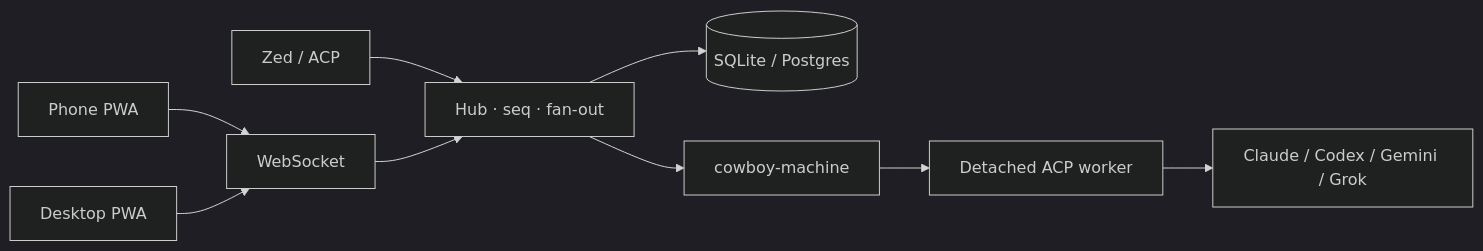
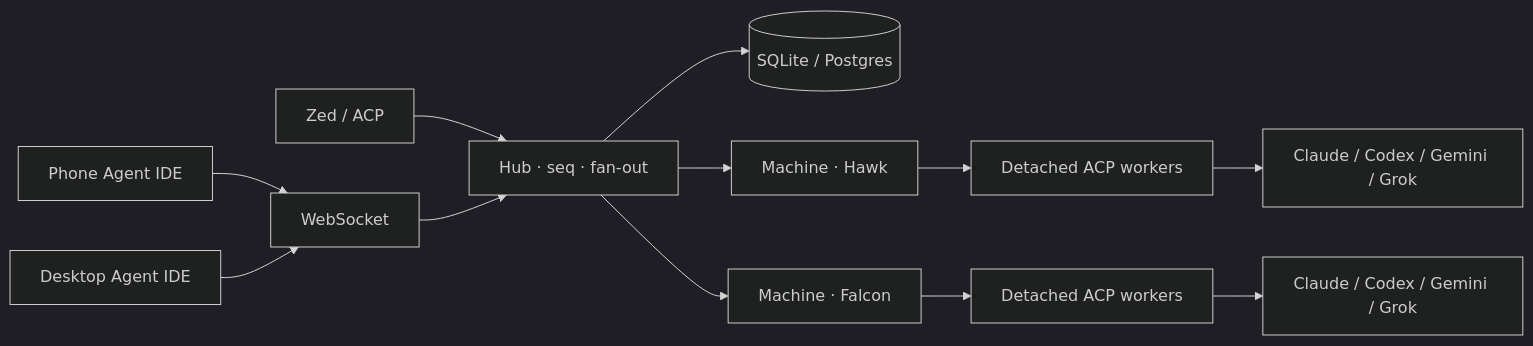
Before and after one commit to dravengarden/cowboy: the diagram in README.md, drawn with Mermaid (dark theme). The commit also changed other lines of this file, not shown here.

Commit message:
docs: position Cowboy as a remote Agent IDE

````diff
--- a/README.md
+++ b/README.md
@@ -91,11 +93,14 @@
 ```mermaid
 flowchart LR
-  phone[Phone PWA] --> ws[WebSocket]
-  desktop[Desktop PWA] --> ws
+  phone[Phone Agent IDE] --> ws[WebSocket]
+  desktop[Desktop Agent IDE] --> ws
   zed[Zed / ACP] --> hub
   ws --> hub[Hub · seq · fan-out]
   hub --> store[(SQLite / Postgres)]
-  hub --> machine[cowboy-machine]
-  machine --> worker[Detached ACP worker]
-  worker --> agent[Claude / Codex / Gemini / Grok]
+  hub --> hawk[Machine · Hawk]
+  hub --> falcon[Machine · Falcon]
+  hawk --> workerA[Detached ACP workers]
+  falcon --> workerB[Detached ACP workers]
+  workerA --> agentA[Claude / Codex / Gemini / Grok]
+  workerB --> agentB[Claude / Codex / Gemini / Grok]
 ```
````
